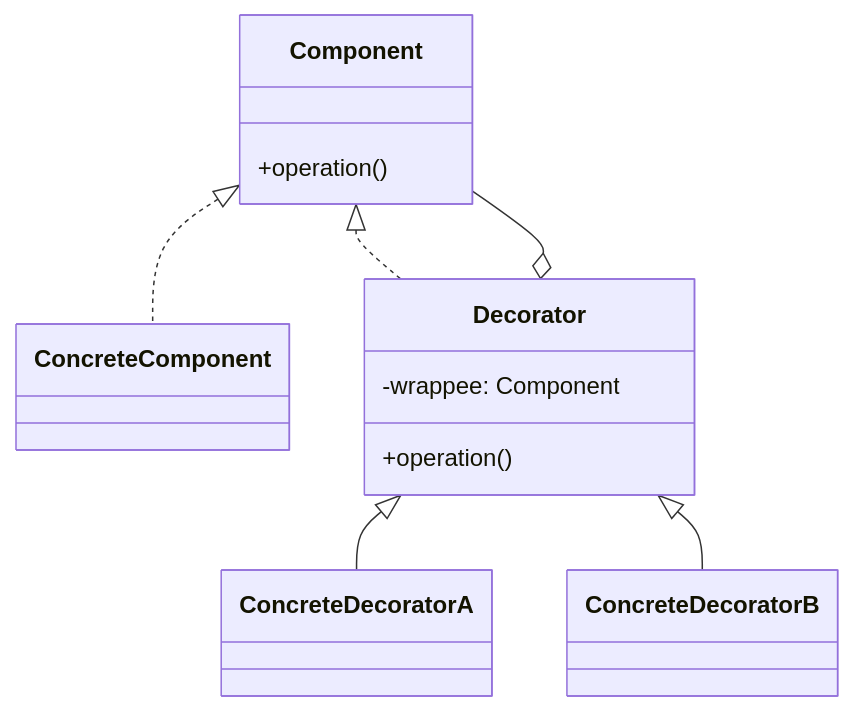
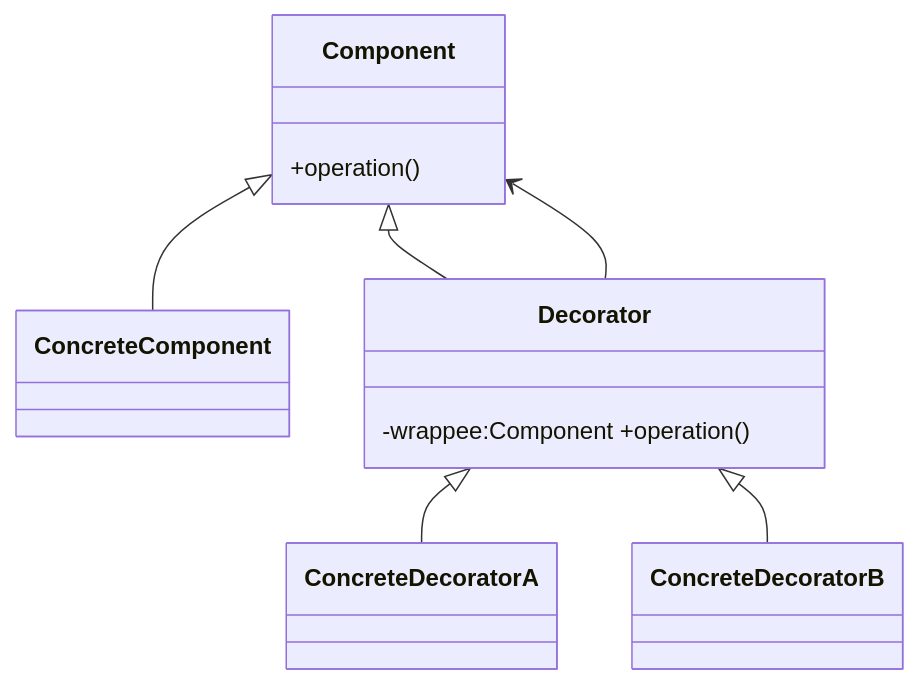
One commit to apdaza/gof-patterns-in-pygame changed the ninth of 23 diagrams in README.md. Above: the diagram before and after it, drawn with Mermaid. The commit also changed other lines of this file, not shown here.

````diff
--- a/README.md
+++ b/README.md
@@ -204,20 +381,13 @@
 ```mermaid
 classDiagram
-    direction TD
-    class Component {
-      +operation()
-    }
-    class ConcreteComponent
-    class Decorator {
-      -wrappee: Component
-      +operation()
-    }
-    class ConcreteDecoratorA
-    class ConcreteDecoratorB
-
-    Component <|.. ConcreteComponent
-    Component <|.. Decorator
-    Decorator o-- Component
-    Decorator <|-- ConcreteDecoratorA
-    Decorator <|-- ConcreteDecoratorB
+class Component{+operation()}
+class ConcreteComponent
+class Decorator{-wrappee:Component +operation()}
+class ConcreteDecoratorA
+class ConcreteDecoratorB
+Component <|-- ConcreteComponent
+Component <|-- Decorator
+Decorator <|-- ConcreteDecoratorA
+Decorator <|-- ConcreteDecoratorB
+Decorator --> Component
 ```
````
